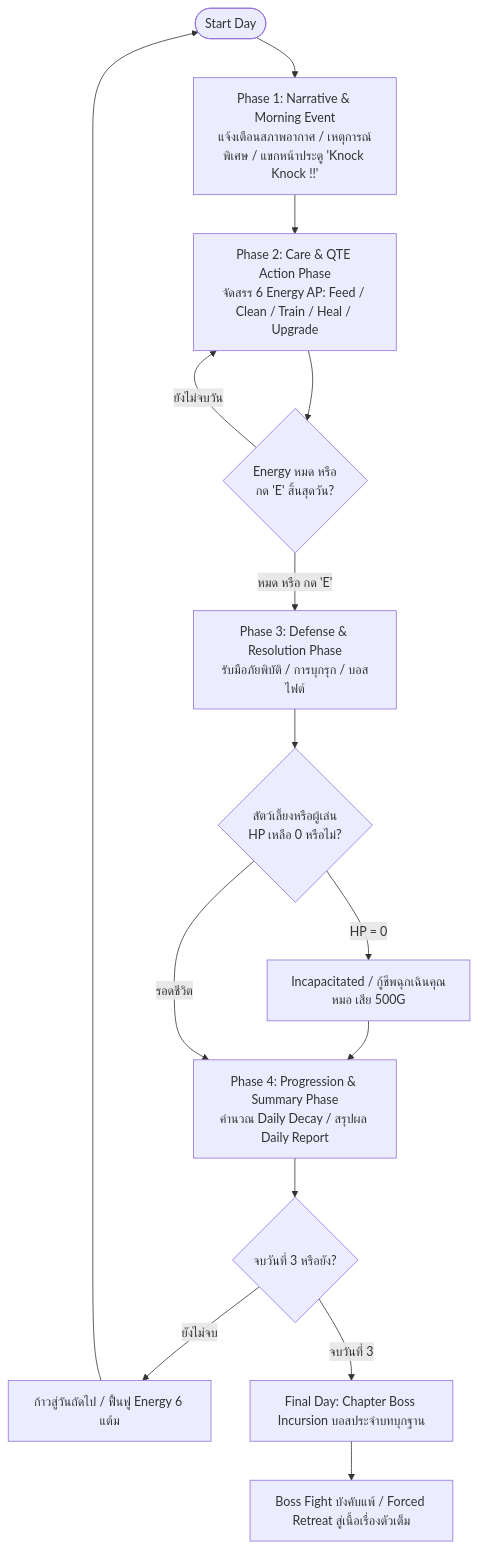
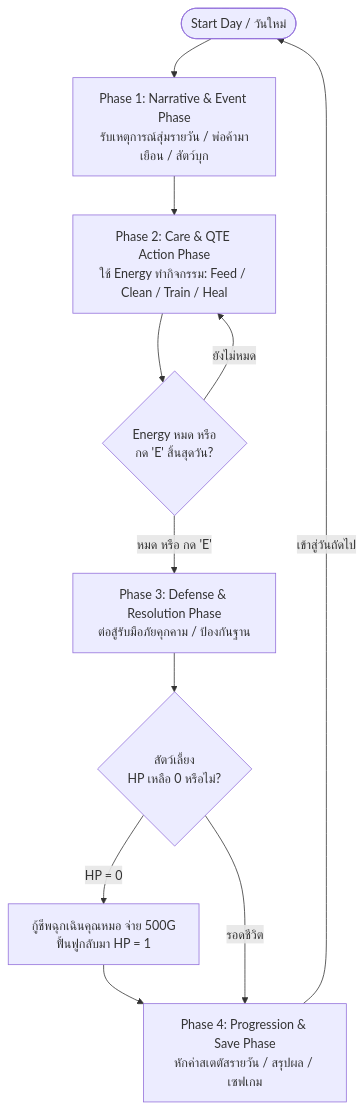
The diagram in BEPAL/Docs/NewGDD/01-core-loop.md (SShoww/Your-Story), drawn with Mermaid before and after one commit. The commit also changed other lines of this file, not shown here.

````diff
--- a/BEPAL/Docs/NewGDD/01-core-loop.md
+++ b/BEPAL/Docs/NewGDD/01-core-loop.md
@@ -13,21 +13,17 @@
 ```mermaid
 flowchart TD
-    Start([Start Day]) --> Phase1[Phase 1: Narrative & Morning Event<br>แจ้งเตือนสภาพอากาศ / เหตุการณ์พิเศษ / แขกหน้าประตู 'Knock Knock !!']
+    Start([Start Day / วันใหม่]) --> Phase1[Phase 1: Narrative & Event Phase<br>รับเหตุการณ์สุ่มรายวัน / พ่อค้ามาเยือน / สัตว์บุก]
     
-    Phase1 --> Phase2[Phase 2: Care & QTE Action Phase<br>จัดสรร 6 Energy AP: Feed / Clean / Train / Heal / Upgrade]
+    Phase1 --> Phase2[Phase 2: Care & QTE Action Phase<br>ใช้ Energy ทำกิจกรรม: Feed / Clean / Train / Heal]
     
     Phase2 --> CheckEnergy{Energy หมด หรือ<br>กด 'E' สิ้นสุดวัน?}
-    CheckEnergy -->|ยังไม่จบวัน| Phase2
-    CheckEnergy -->|หมด หรือ กด 'E'| Phase3[Phase 3: Defense & Resolution Phase<br>รับมือภัยพิบัติ / การบุกรุก / บอสไฟต์]
+    CheckEnergy -->|ยังไม่หมด| Phase2
+    CheckEnergy -->|หมด หรือ กด 'E'| Phase3[Phase 3: Defense & Resolution Phase<br>ต่อสู้รับมือภัยคุกคาม / ป้องกันฐาน]
     
-    Phase3 --> CheckSurvive{สัตว์เลี้ยงหรือผู้เล่น<br>HP เหลือ 0 หรือไม่?}
-    CheckSurvive -->|HP = 0| RevivePrompt[Incapacitated / กู้ชีพฉุกเฉินคุณหมอ เสีย 500G]
+    Phase3 --> CheckSurvive{สัตว์เลี้ยง<br>HP เหลือ 0 หรือไม่?}
+    CheckSurvive -->|HP = 0| RevivePrompt[กู้ชีพฉุกเฉินคุณหมอ จ่าย 500G<br>ฟื้นฟูกลับมา HP = 1]
     RevivePrompt --> Phase4
-    CheckSurvive -->|รอดชีวิต| Phase4[Phase 4: Progression & Summary Phase<br>คำนวณ Daily Decay / สรุปผล Daily Report]
+    CheckSurvive -->|รอดชีวิต| Phase4[Phase 4: Progression & Save Phase<br>หักค่าสเตตัสรายวัน / สรุปผล / เซฟเกม]
     
-    Phase4 --> CheckDays{จบวันที่ 3 หรือยัง?}
-    NextDay --> Start
-    CheckDays -->|ยังไม่จบ| NextDay[ก้าวสู่วันถัดไป / ฟื้นฟู Energy 6 แต้ม]
-    CheckDays -->|จบวันที่ 3| BossIncursion[Final Day: Chapter Boss Incursion บอสประจำบทบุกฐาน]
-    BossIncursion --> ForcedDefeat[Boss Fight บังคับแพ้ / Forced Retreat สู่เนื้อเรื่องตัวเต็ม]
+    Phase4 -->|เข้าสู่วันถัดไป| Start
 ```
````
